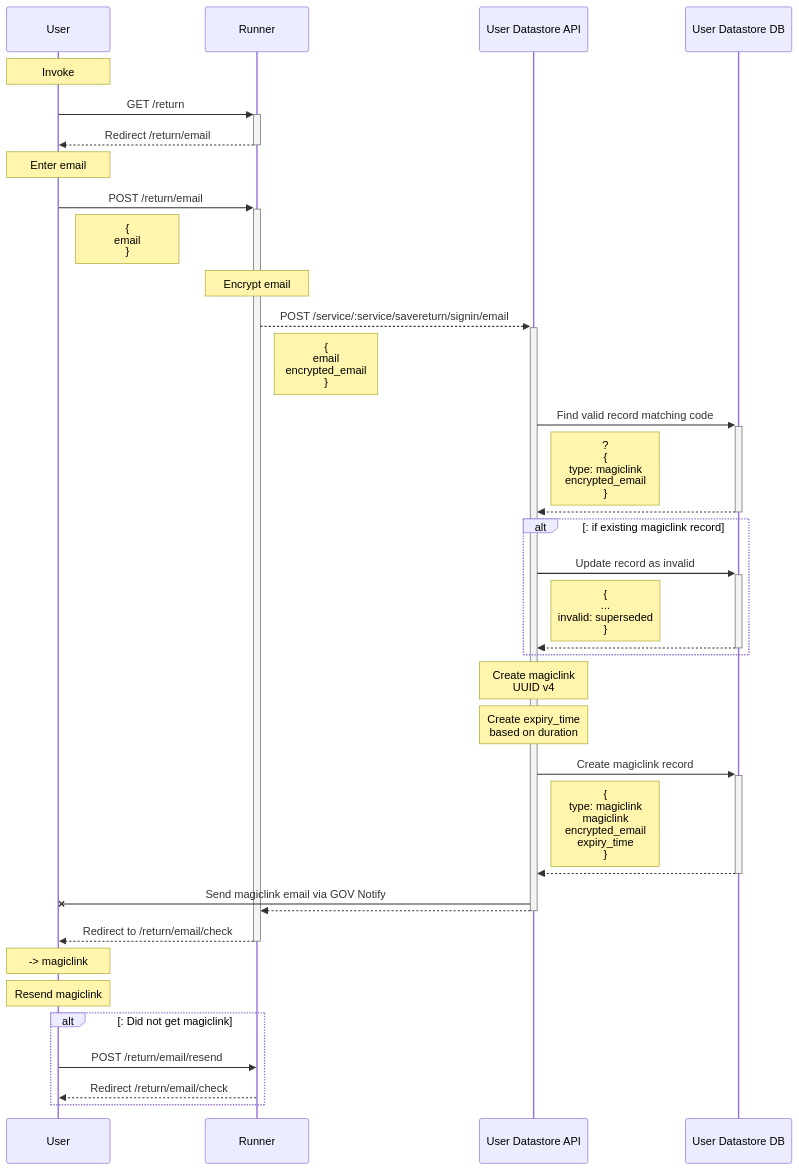
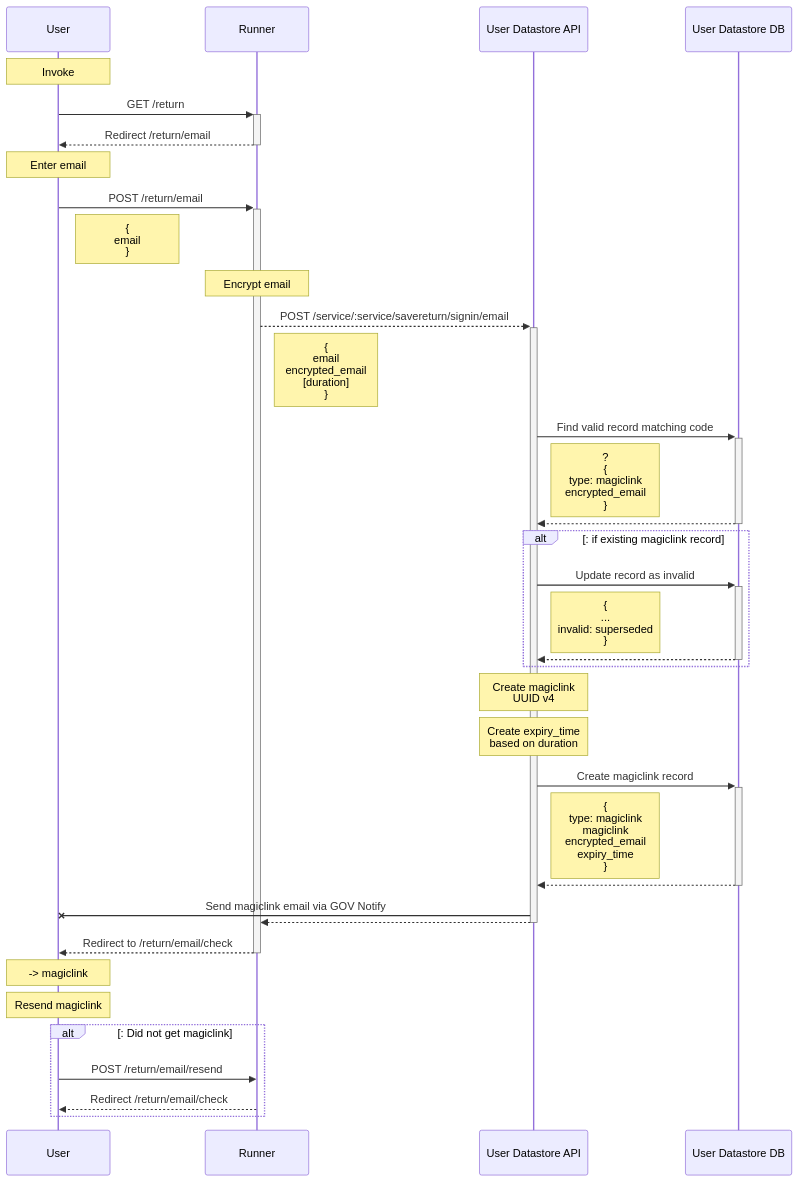
One commit to ministryofjustice/form-builder changed the diagram in documentation/running/save-and-return/files/return--signin.mmd. Above: the diagram before and after it, drawn with Mermaid. The commit also changed 3 other files, not shown here.

Commit message:
Add duration params to save and return sequence images

```diff
--- a/documentation/running/save-and-return/files/return--signin.mmd
+++ b/documentation/running/save-and-return/files/return--signin.mmd
@@ -1,71 +1,71 @@
 sequenceDiagram
 
 participant U as User
 
 participant R as Runner
 
 participant DS as User Datastore API
 
 participant DB as User Datastore DB
 
 Note over U: Invoke
 
 U->>+R: GET /return
 
 R-->>-U: Redirect /return/email
 
 Note over U: Enter email
 
 U->>+R: POST /return/email
 
 Note right of U: {<br>email<br>}
 
 Note over R: Encrypt email
 
 R-->>+DS: POST /service/:service/savereturn/signin/email
 
-Note right of R: {<br>email<br>encrypted_email<br>}
+Note right of R: {<br>email<br>encrypted_email<br>[duration]<br>}
 
 DS->>+DB: Find valid record matching code 
 
 Note right of DS: ?<br>{<br>type: magiclink<br>encrypted_email<br>}
 
 DB-->>-DS: 
 
 alt: if existing magiclink record
 
 DS->>+DB: Update record as invalid 
 
 Note right of DS: {<br>...<br>invalid: superseded<br>}
 
 DB-->>-DS: 
 
 end
 
 Note over DS: Create  magiclink<br>UUID v4
 
 Note over DS: Create expiry_time<br>based on duration
 
 DS->>+DB: Create magiclink record 
 
 Note right of DS: { <br>type: magiclink<br>magiclink<br>encrypted_email<br>expiry_time<br> }
 
 DB-->>-DS: 
 
 DS-XU: Send magiclink email via GOV Notify 
 
 DS-->>-R:  
 
 R-->>-U:  Redirect to /return/email/check
 
 Note over U: -> magiclink
 
 Note over U: Resend magiclink
 
 alt: Did not get magiclink
 
 U->>R: POST /return/email/resend
 
 R-->>U: Redirect /return/email/check
 
 end
```
